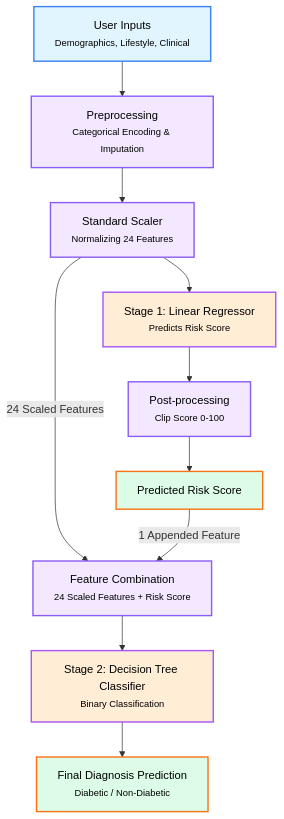
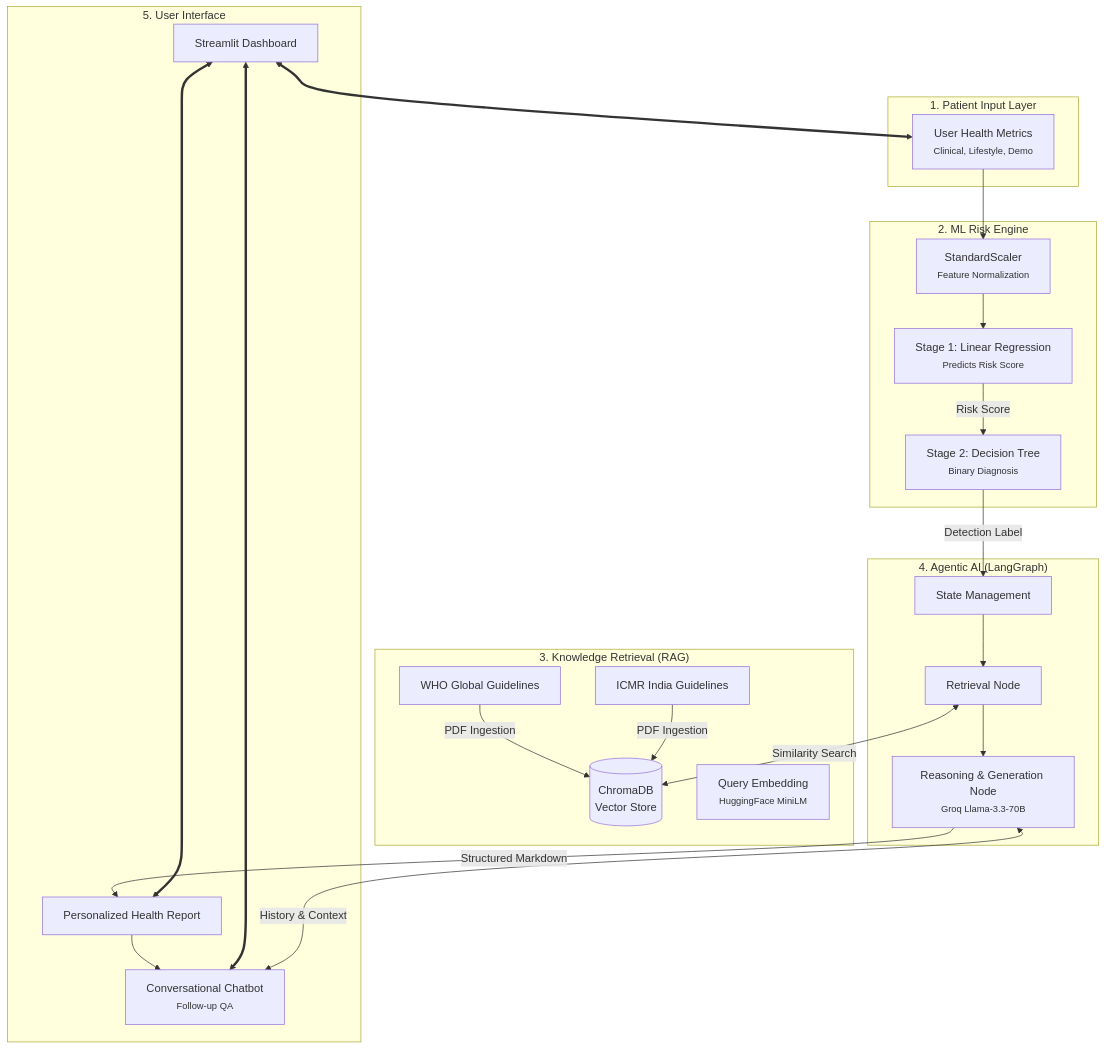
One commit to vikgenix/Capstone_ML changed the diagram in README.md. Above: the diagram before and after it, drawn with Mermaid. The commit also changed other lines of this file, not shown here.

Commit message:
docs: update README to reflect transition from standalone ML model to agentic RAG-based health assistant

````diff
--- a/README.md
+++ b/README.md
@@ -25,35 +13,48 @@
 ```mermaid
 flowchart TD
-    %% Styling
-    classDef input fill:#e1f5fe,stroke:#3b82f6,stroke-width:2px,color:#000
-    classDef process fill:#f3e8ff,stroke:#8b5cf6,stroke-width:2px,color:#000
-    classDef model fill:#ffedd5,stroke:#a855f7,stroke-width:2px,color:#000
-    classDef output fill:#dcfce7,stroke:#f97316,stroke-width:2px,color:#000
+    subgraph Input_Layer ["1. Patient Input Layer"]
+        A[User Health Metrics<br/><small>Clinical, Lifestyle, Demo</small>]
+    end
 
-    %% Nodes
-    A[User Inputs\n<small>Demographics, Lifestyle, Clinical</small>]:::input
-    B[Preprocessing\n<small>Categorical Encoding & Imputation</small>]:::process
-    C[Standard Scaler\n<small>Normalizing 24 Features</small>]:::process
+    subgraph ML_Engine ["2. ML Risk Engine"]
+        B[StandardScaler<br/><small>Feature Normalization</small>]
+        C[Stage 1: Linear Regression<br/><small>Predicts Risk Score</small>]
+        D[Stage 2: Decision Tree<br/><small>Binary Diagnosis</small>]
+    end
 
-    D[Stage 1: Linear Regressor\n<small>Predicts Risk Score</small>]:::model
-    E[Post-processing\n<small>Clip Score 0-100</small>]:::process
-    F[Predicted Risk Score]:::output
+    subgraph RAG_Pipeline ["3. Knowledge Retrieval (RAG)"]
+        E[(ChromaDB<br/>Vector Store)]
+        F[WHO Global Guidelines]
+        G[ICMR India Guidelines]
+        H[Query Embedding<br/><small>HuggingFace MiniLM</small>]
+    end
 
-    G[Feature Combination\n<small>24 Scaled Features + Risk Score</small>]:::process
+    subgraph Agentic_Orchestration ["4. Agentic AI (LangGraph)"]
+        I[State Management]
+        J[Retrieval Node]
+        K[Reasoning & Generation Node<br/><small>Groq Llama-3.3-70B</small>]
+    end
 
-    H[Stage 2: Decision Tree Classifier\n<small>Binary Classification</small>]:::model
-    I[Final Diagnosis Prediction\n<small>Diabetic / Non-Diabetic</small>]:::output
+    subgraph Interaction_Layer ["5. User Interface"]
+        L[Streamlit Dashboard]
+        M[Personalized Health Report]
+        N[Conversational Chatbot<br/><small>Follow-up QA</small>]
+    end
 
     %% Connections
     A --> B
     B --> C
-    C --> D
-    D --> E
-    E --> F
-
-    C -- "24 Scaled Features" --> G
-    F -- "1 Appended Feature" --> G
-
-    G --> H
-    H --> I
+    C --> |Risk Score| D
+    D --> |Detection Label| I
+    
+    F & G --> |PDF Ingestion| E
+    
+    I --> J
+    J <--> |Similarity Search| E
+    J --> K
+    K --> |Structured Markdown| M
+    
+    M --> N
+    N <--> |History & Context| K
+    L <==> A & M & N
 ```
````
